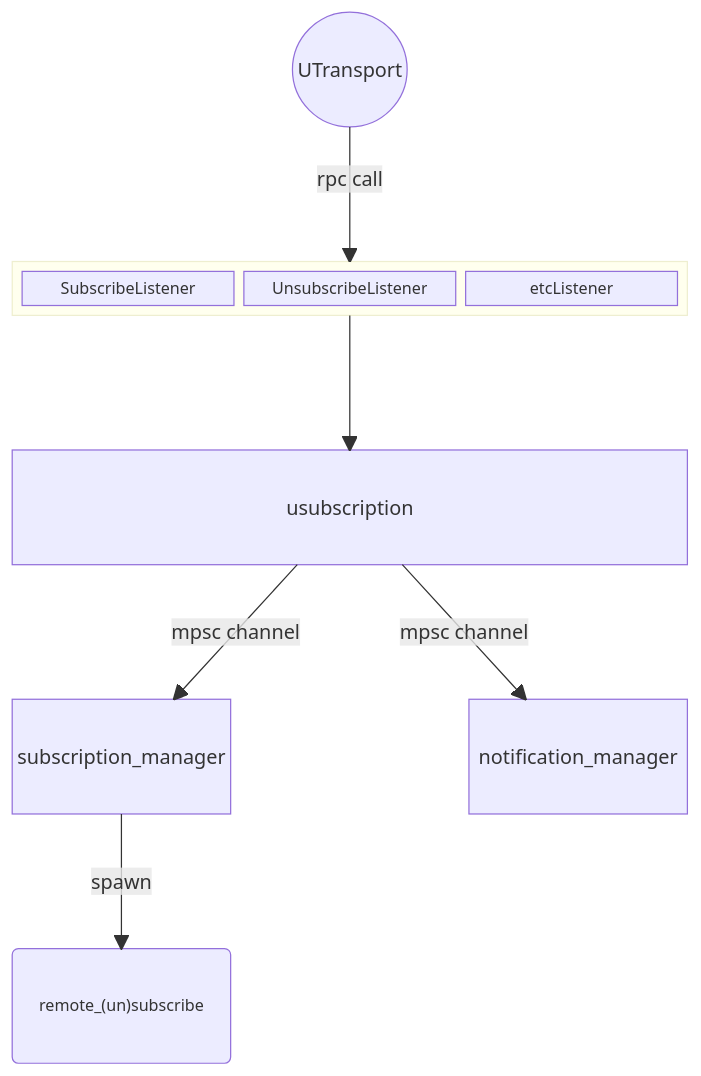
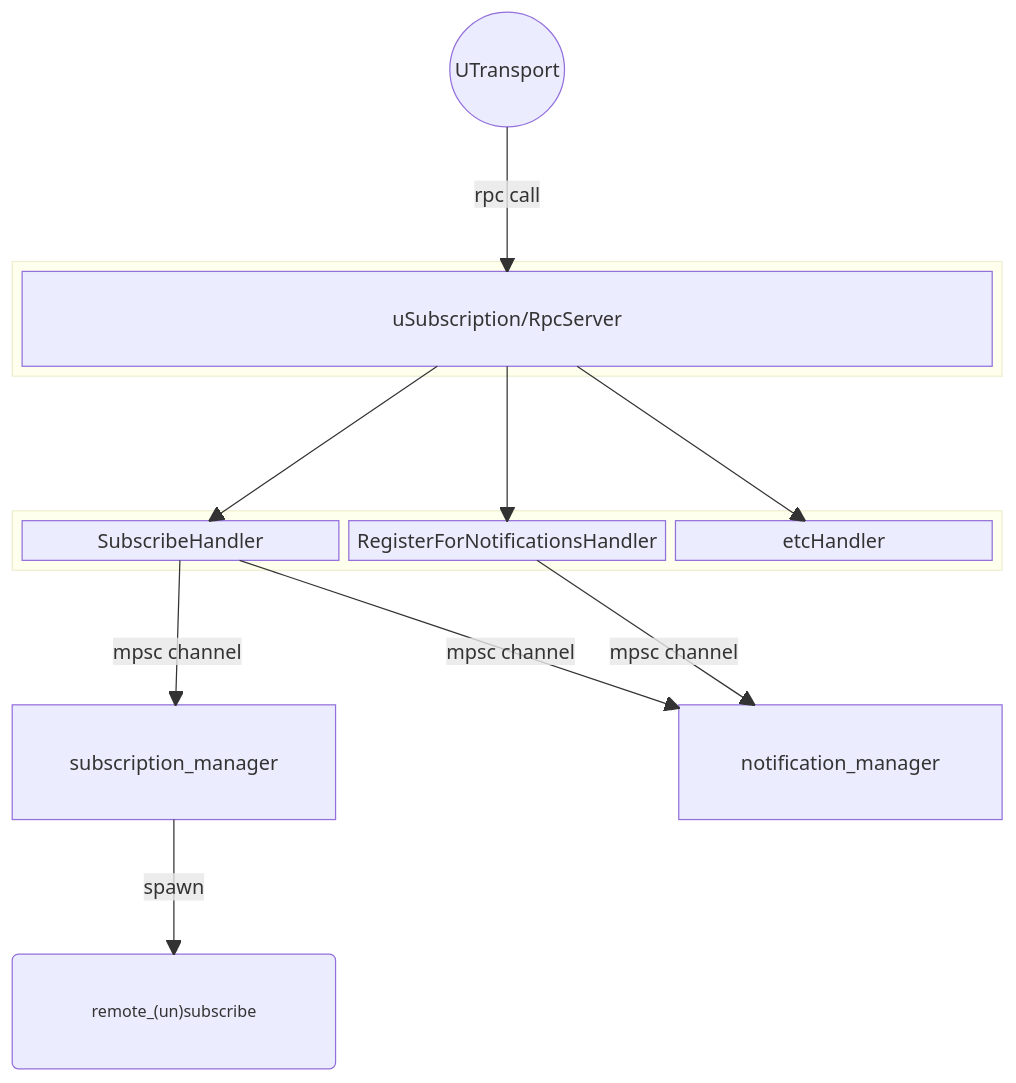
One commit to eclipse-uprotocol/up-subscription-rust changed the first of 2 diagrams in README.md. Above: the diagram before and after it, drawn with Mermaid. The commit also changed other lines of this file and 3 other files, not shown here.

````diff
--- a/README.md
+++ b/README.md
@@ -86,35 +78,40 @@
 ```mermaid
 block-beta
    columns 3
 
    transport(("UTransport")):3
    space:3
 
-   block:listeners:3
-      SubscribeListener
-      UnsubscribeListener
-      etcListener
+   block:usubscription:3
+      uSubscription/RpcServer
    end
    space:3
-
-   usubscription:3
+   
+   block:handlers:3
+      SubscribeHandler
+      RegisterForNotificationsHandler
+      etcHandler
+   end
    space:3
 
    subscription_manager:1
    space:1
    notification_manager:1
    space:3
 
    task("remote_(un)subscribe")
    space:2
 
-   transport--"rpc call"-->listeners
-   listeners-->usubscription
-   usubscription--"mpsc channel"-->subscription_manager
-   usubscription--"mpsc channel"-->notification_manager
+   transport--"rpc call"-->uSubscription/RpcServer
+   uSubscription/RpcServer-->SubscribeHandler
+   uSubscription/RpcServer-->RegisterForNotificationsHandler
+   uSubscription/RpcServer-->etcHandler
+   SubscribeHandler--"mpsc channel"-->subscription_manager
+   SubscribeHandler--"mpsc channel"-->notification_manager
+   RegisterForNotificationsHandler--"mpsc channel"-->notification_manager
    subscription_manager--"spawn"-->task
 
    classDef smaller font-size:small;
    class SubscribeListener,UnsubscribeListener,etcListener smaller
    class task smaller
 ```
````
